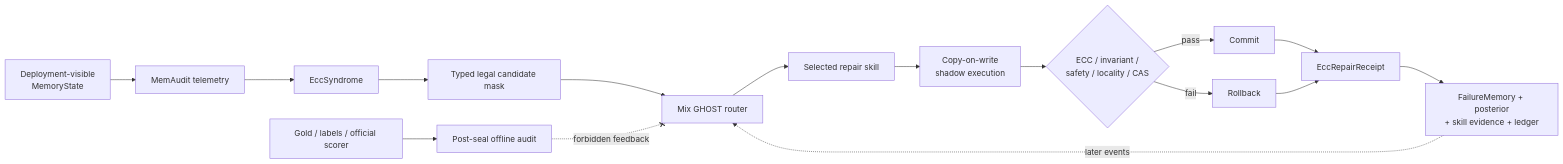
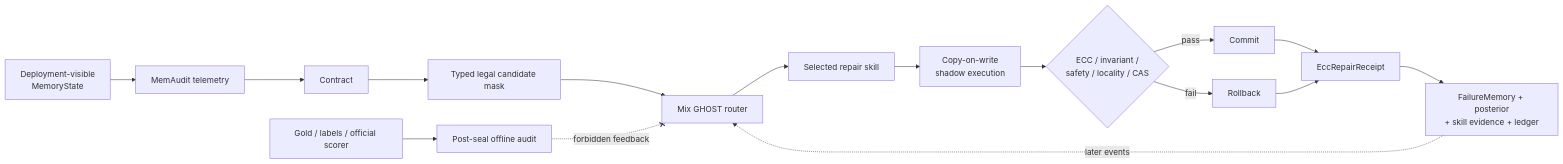
The diagram in research_report_group_meeting.md (supremewen666/CMD_Memory), drawn with Mermaid before and after one commit. The commit also changed other lines of this file and 41 other files, not shown here.

````diff
--- a/research_report_group_meeting.md
+++ b/research_report_group_meeting.md
@@ -81,19 +81,19 @@
 ```mermaid
 flowchart LR
     A[Deployment-visible\nMemoryState] --> B[MemAudit telemetry]
-    B --> C[EccSyndrome]
+    B --> C[Contract]
     C --> D[Typed legal candidate mask]
     D --> E[Mix GHOST router]
     E --> F[Selected repair skill]
     F --> G[Copy-on-write\nshadow execution]
     G --> H{ECC / invariant /\nsafety / locality / CAS}
     H -->|pass| I[Commit]
     H -->|fail| J[Rollback]
     I --> K[EccRepairReceipt]
     J --> K
     K --> L[FailureMemory + posterior\n+ skill evidence + ledger]
     L -. later events .-> E
 
     M[Gold / labels / official scorer] --> N[Post-seal offline audit]
     N -. forbidden feedback .-x E
 ```
````
